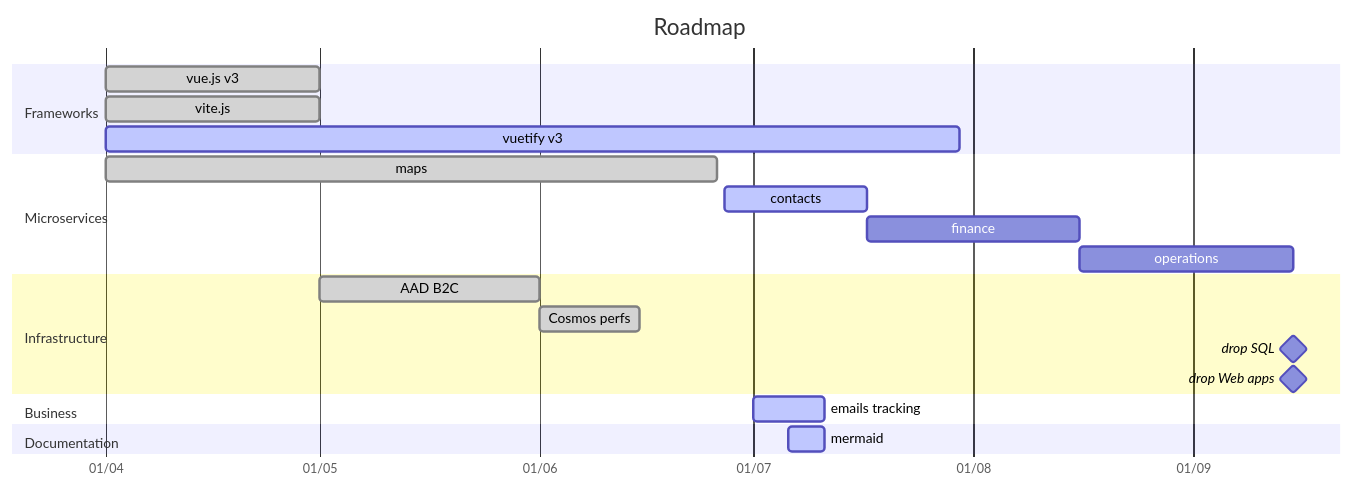
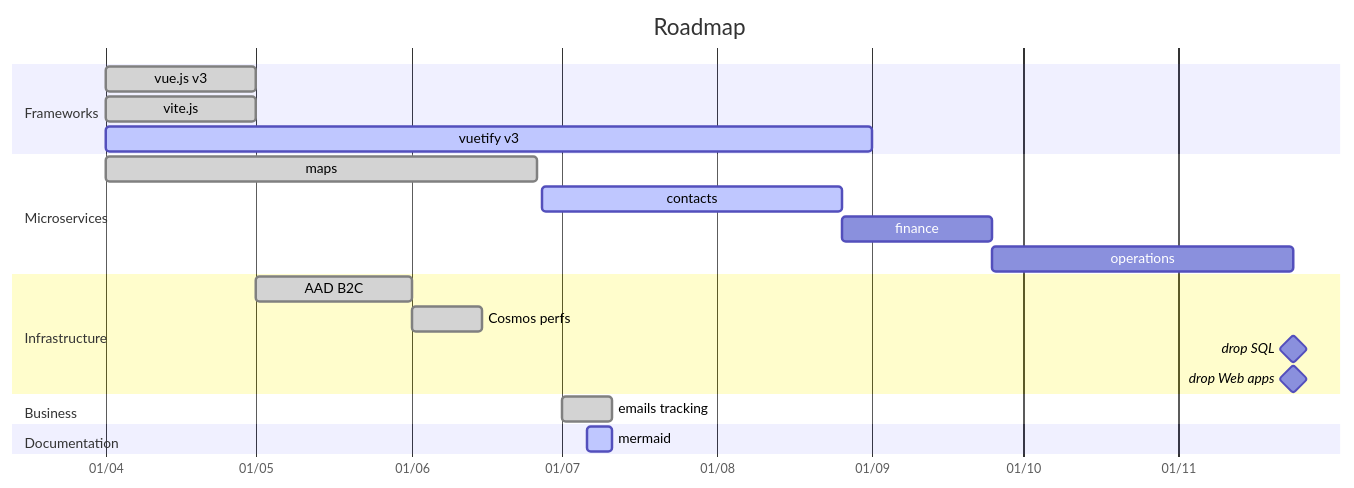
Before and after one commit to amilochau/.github: the diagram in docs/roadmap.md, drawn with Mermaid.

````diff
--- a/docs/roadmap.md
+++ b/docs/roadmap.md
@@ -9,29 +9,29 @@
 ```mermaid
 gantt
   title Roadmap
   dateFormat YYYY-MM-DD
   axisFormat %d/%m
 
   section Frameworks
   vue.js v3       : done,       vue,        2022-04-01,               2022-05-01
   vite.js         : done,       vite,       2022-04-01,               2022-05-01
-  vuetify v3      : active,     vuetify,    2022-04-01,               120d
+  vuetify v3      : active,     vuetify,    2022-04-01,               2022-09-01
 
   section Microservices
   maps            : done,       maps,       2022-04-01,               2022-06-26
-  contacts        : active,     contacts,   2022-06-27,               20d
+  contacts        : active,     contacts,   2022-06-27,               60d
   finance         :             finance,    after contacts,           30d
-  operations      :             operations, after finance,            30d
+  operations      :             operations, after finance,            60d
 
   section Infrastructure
   AAD B2C         : done,       aadb2c,     2022-05-01,               2022-06-01
   Cosmos perfs    : done,       cosmos,     2022-06-01,               2022-06-15
   drop SQL        : milestone,  sql,        after operations,         0d
   drop Web apps   : milestone,  webapps,    after operations,         0d
 
   section Business
-  emails tracking : active,     tracking,   2022-07-01,             10d
+  emails tracking : done,     tracking,   2022-07-01,             10d
 
   section Documentation
   mermaid         : active,     mermaid,    2022-07-06,               5d
 ```
````
